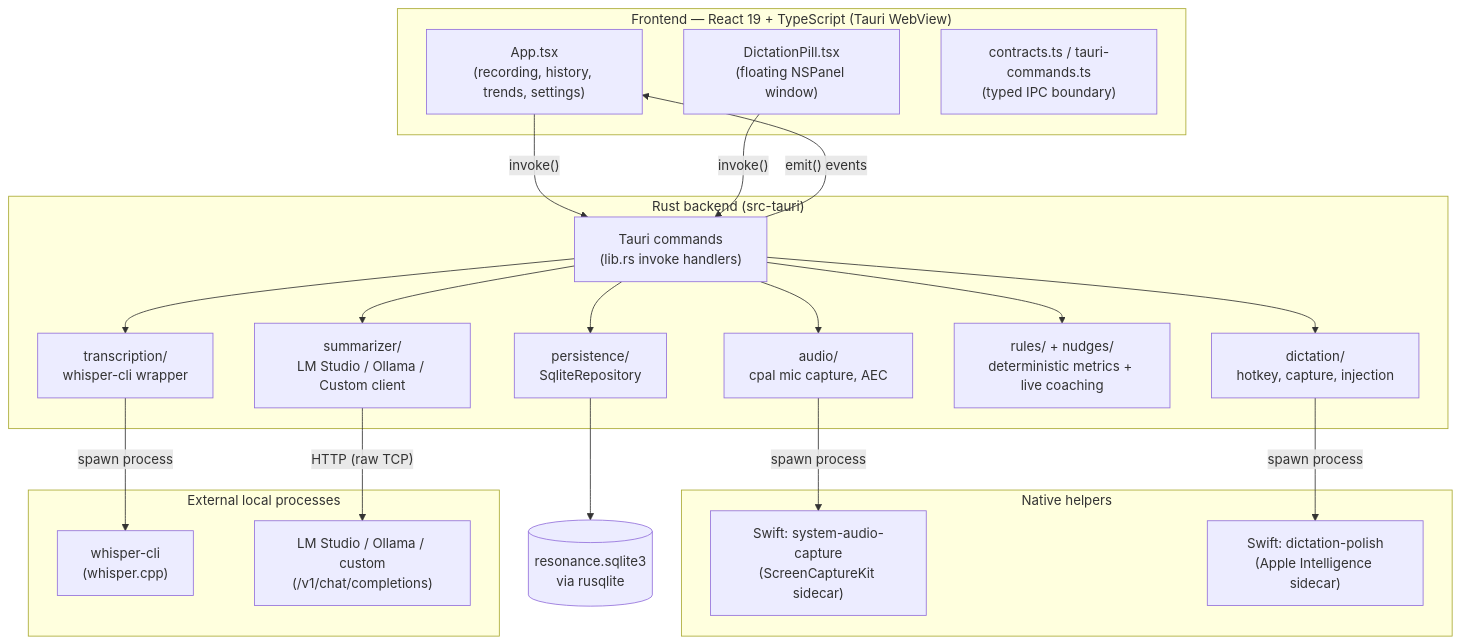
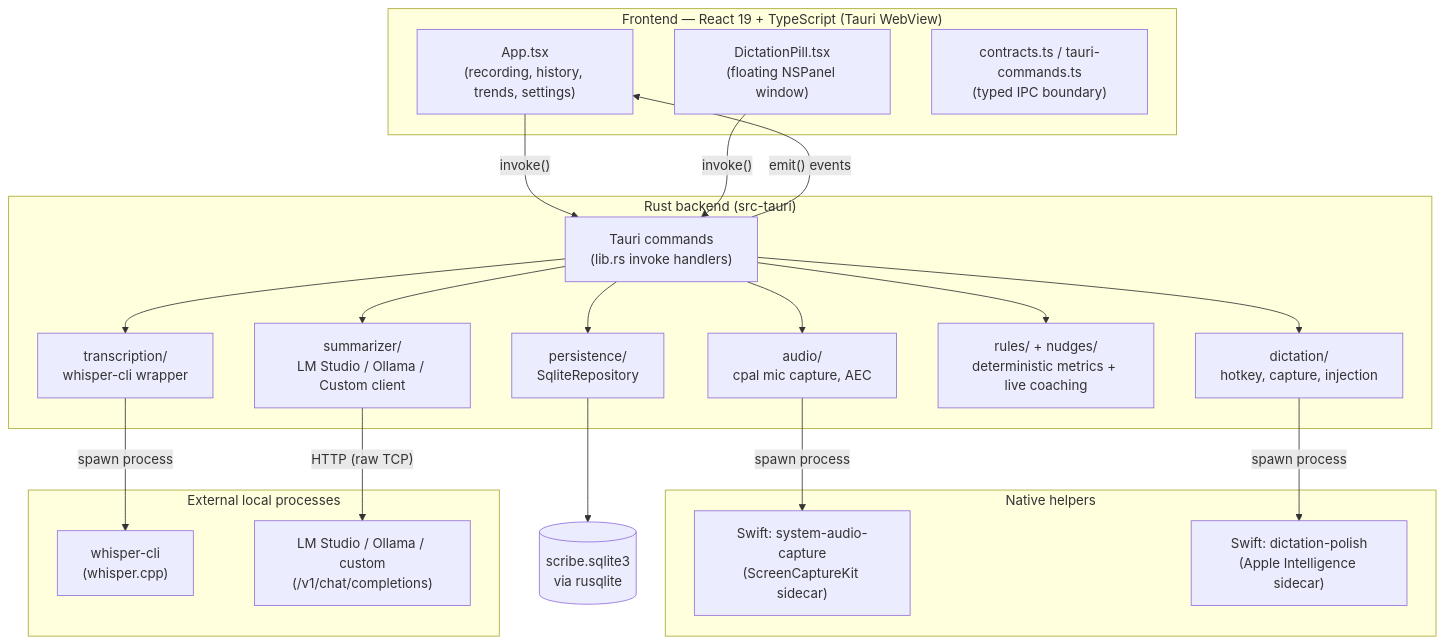
One commit to mandygit/scribe changed the first of 5 diagrams in docs/technical-architecture.md. Above: the diagram before and after it, drawn with Mermaid. The commit also changed other lines of this file and 35 other files, not shown here.

First line of the commit message:
refactor: finish Resonance to Scribe rename and drop dead legacy code

````diff
--- a/docs/technical-architecture.md
+++ b/docs/technical-architecture.md
@@ -44,47 +43,47 @@
 ```mermaid
 flowchart TB
     subgraph UI["Frontend — React 19 + TypeScript (Tauri WebView)"]
         App["App.tsx\n(recording, history, trends, settings)"]
         Pill["DictationPill.tsx\n(floating NSPanel window)"]
         Contracts["contracts.ts / tauri-commands.ts\n(typed IPC boundary)"]
     end
 
     subgraph Core["Rust backend (src-tauri)"]
         Cmds["Tauri commands\n(lib.rs invoke handlers)"]
         Audio["audio/\ncpal mic capture, AEC"]
         Trans["transcription/\nwhisper-cli wrapper"]
         Summ["summarizer/\nLM Studio / Ollama / Custom client"]
         Dict["dictation/\nhotkey, capture, injection"]
         Rules["rules/ + nudges/\ndeterministic metrics + live coaching"]
         Persist["persistence/\nSqliteRepository"]
     end
 
     subgraph Native["Native helpers"]
         SCK["Swift: system-audio-capture\n(ScreenCaptureKit sidecar)"]
         Polish["Swift: dictation-polish\n(Apple Intelligence sidecar)"]
     end
 
     subgraph External["External local processes"]
         Whisper["whisper-cli\n(whisper.cpp)"]
         LLM["LM Studio / Ollama / custom\n(/v1/chat/completions)"]
     end
 
-    DB[("resonance.sqlite3\nvia rusqlite")]
+    DB[("scribe.sqlite3\nvia rusqlite")]
 
     App -- "invoke()" --> Cmds
     Cmds -- "emit() events" --> App
     Pill -- "invoke()" --> Cmds
 
     Cmds --> Audio
     Cmds --> Trans
     Cmds --> Summ
     Cmds --> Dict
     Cmds --> Rules
     Cmds --> Persist
 
     Audio -- "spawn process" --> SCK
     Dict -- "spawn process" --> Polish
     Trans -- "spawn process" --> Whisper
     Summ -- "HTTP (raw TCP)" --> LLM
     Persist --> DB
 ```
````
